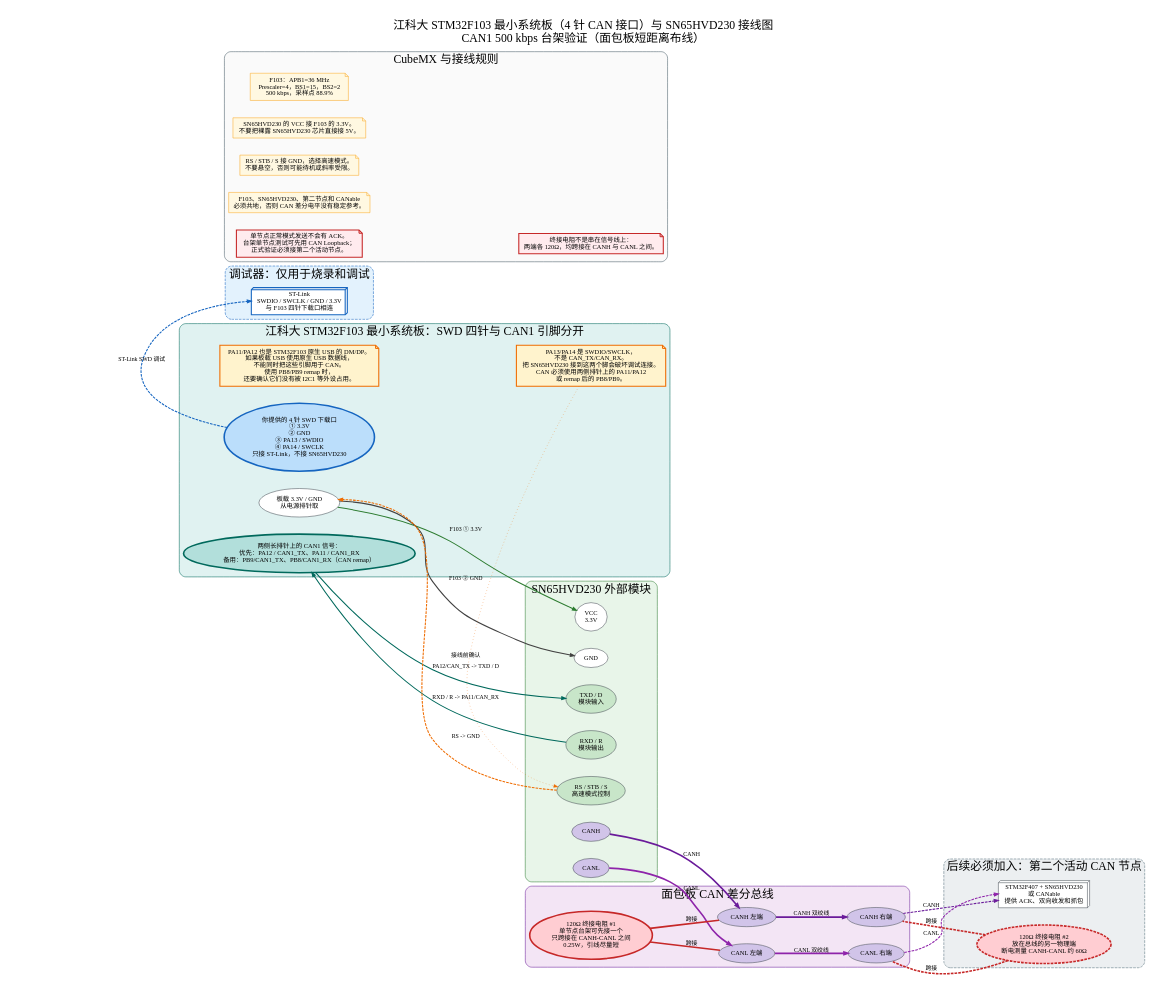
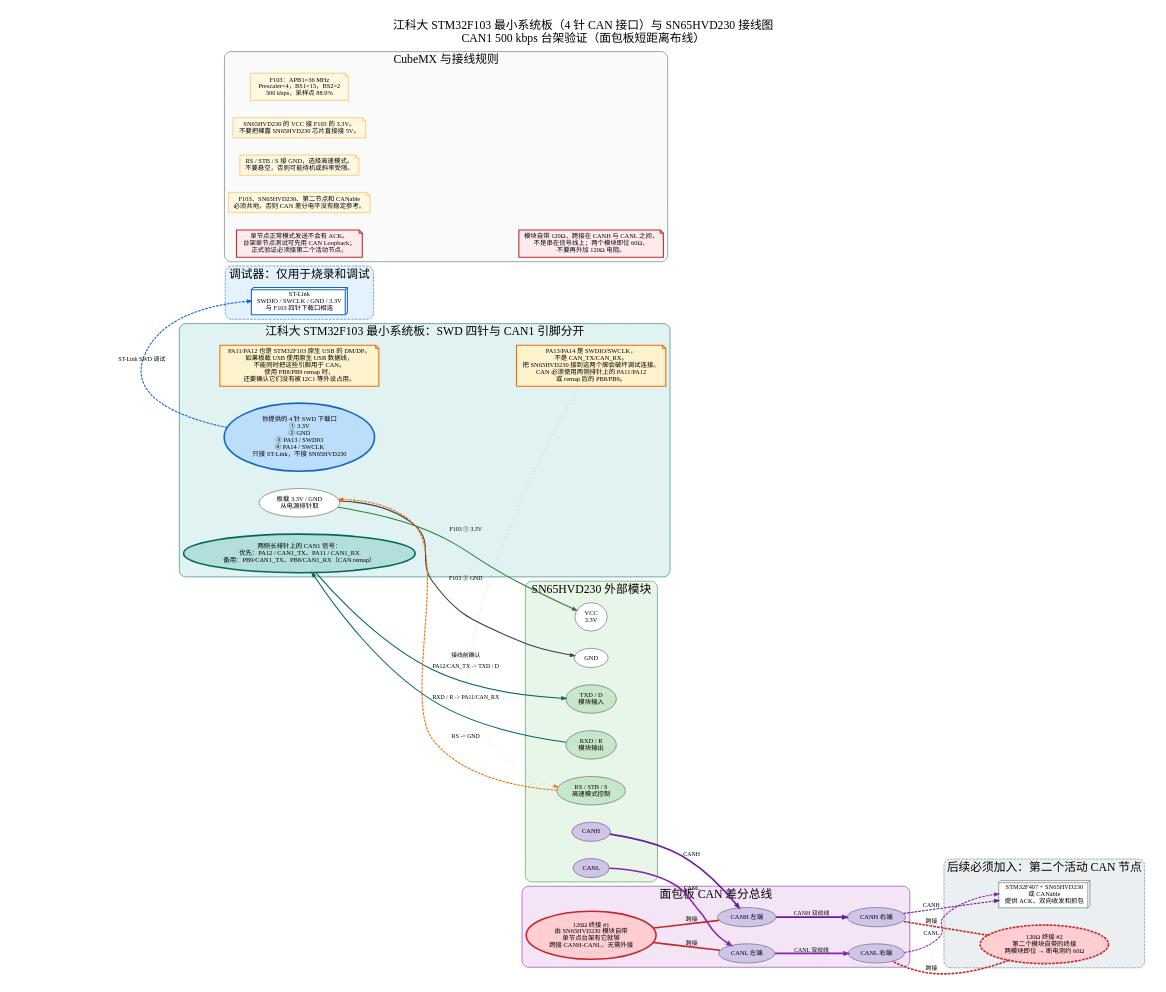
Before and after one commit to zrr-blcx/dual-can-uds-diagnoser: the diagram in docs/diagrams/f103_sn65hvd230_wiring.dot, drawn with Graphviz. The commit also changed 69 other files, not shown here.

```diff
--- a/docs/diagrams/f103_sn65hvd230_wiring.dot
+++ b/docs/diagrams/f103_sn65hvd230_wiring.dot
@@ -142,7 +142,7 @@
             fillcolor="#d1c4e9"
         ];
         TERM1 [
-            label="120Ω 终接电阻 #1\n单节点台架可先接一个\n只跨接在 CANH-CANL 之间\n0.25W，引线尽量短",
+            label="120Ω 终接 #1\n由 SN65HVD230 模块自带\n单节点台架有它就够\n跨接 CANH-CANL，无需外接",
             fillcolor="#ffcdd2",
             color="#c62828",
             penwidth=3
@@ -184,7 +184,7 @@
             fillcolor="#ffffff"
         ];
         TERM2 [
-            label="120Ω 终接电阻 #2\n放在总线的另一物理端\n断电测量 CANH-CANL 约 60Ω",
+            label="120Ω 终接 #2\n第二个模块自带的终接\n两模块即位 → 断电测约 60Ω",
             fillcolor="#ffcdd2",
             color="#c62828",
             penwidth=3,
@@ -230,7 +230,7 @@
             penwidth=2
         ];
         NOTE_TERM [
-            label="终接电阻不是串在信号线上：\n两端各 120Ω，均跨接在 CANH 与 CANL 之间。",
+            label="模块自带 120Ω，跨接在 CANH 与 CANL 之间，\n不是串在信号线上；两个模块即位 60Ω，\n不要再外加 120Ω 电阻。",
             shape=note,
             fillcolor="#ffebee",
             color="#c62828",
```
